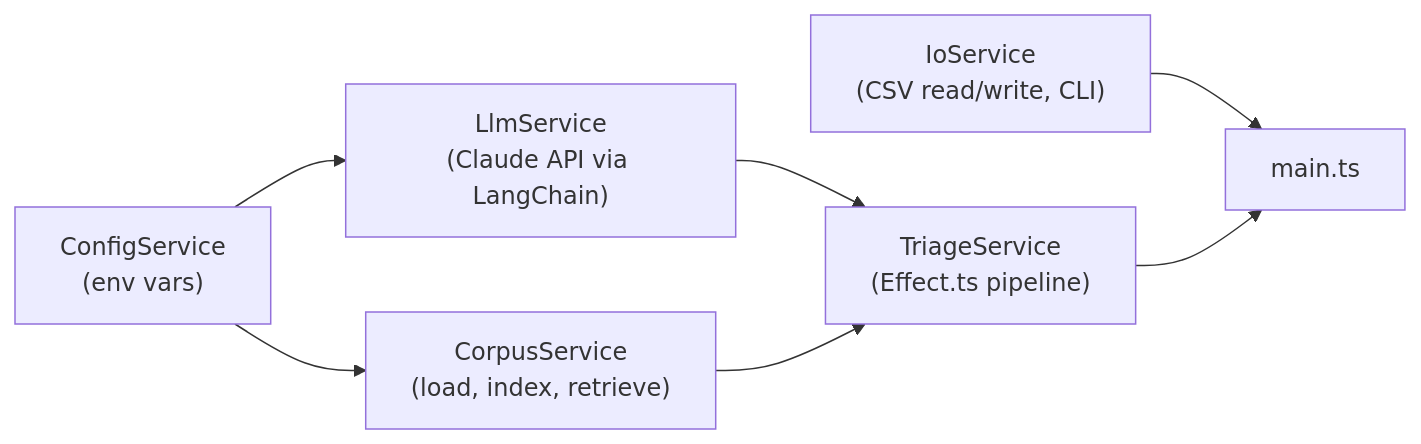
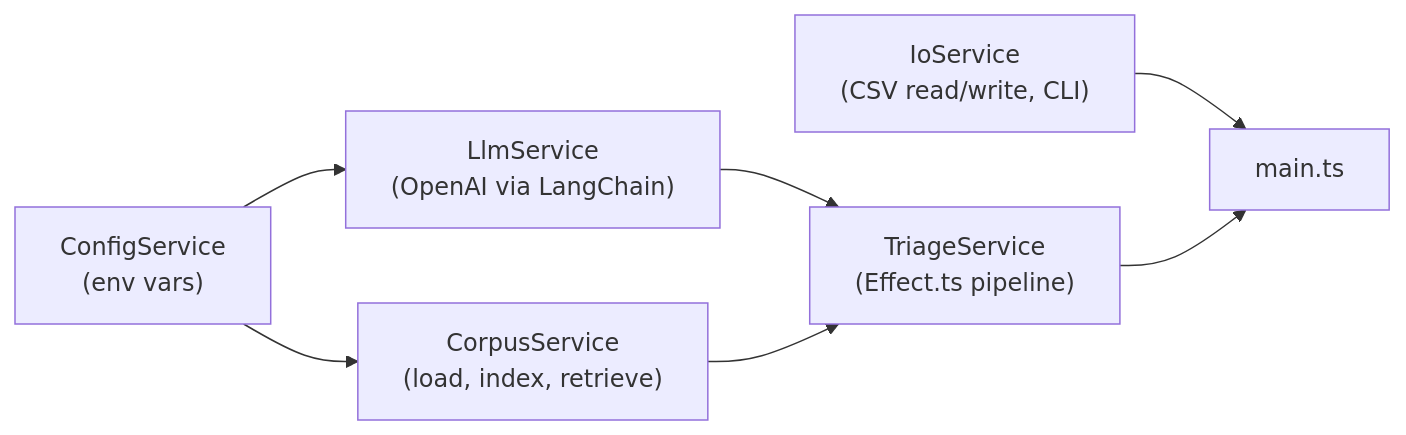
The fourth of 4 diagrams in docs/sprint1_domain_design.md (steven-zhc/hackerrank-orchestrate-may26), drawn with Mermaid before and after one commit. The commit also changed other lines of this file and 26 other files, not shown here.

First line of the commit message:
feat: P0 scaffold — Effect.ts + LangChain + OpenAI project skeleton

````diff
--- a/docs/sprint1_domain_design.md
+++ b/docs/sprint1_domain_design.md
@@ -181,9 +181,9 @@
 ```mermaid
 graph LR
-  ConfigService["ConfigService\n(env vars)"] --> LlmService["LlmService\n(Claude API via LangChain)"]
+  ConfigService["ConfigService\n(env vars)"] --> LlmService["LlmService\n(OpenAI via LangChain)"]
   ConfigService --> CorpusService["CorpusService\n(load, index, retrieve)"]
   LlmService --> TriageService["TriageService\n(Effect.ts pipeline)"]
   CorpusService --> TriageService
   IoService["IoService\n(CSV read/write, CLI)"] --> Main["main.ts"]
   TriageService --> Main
 ```
````
